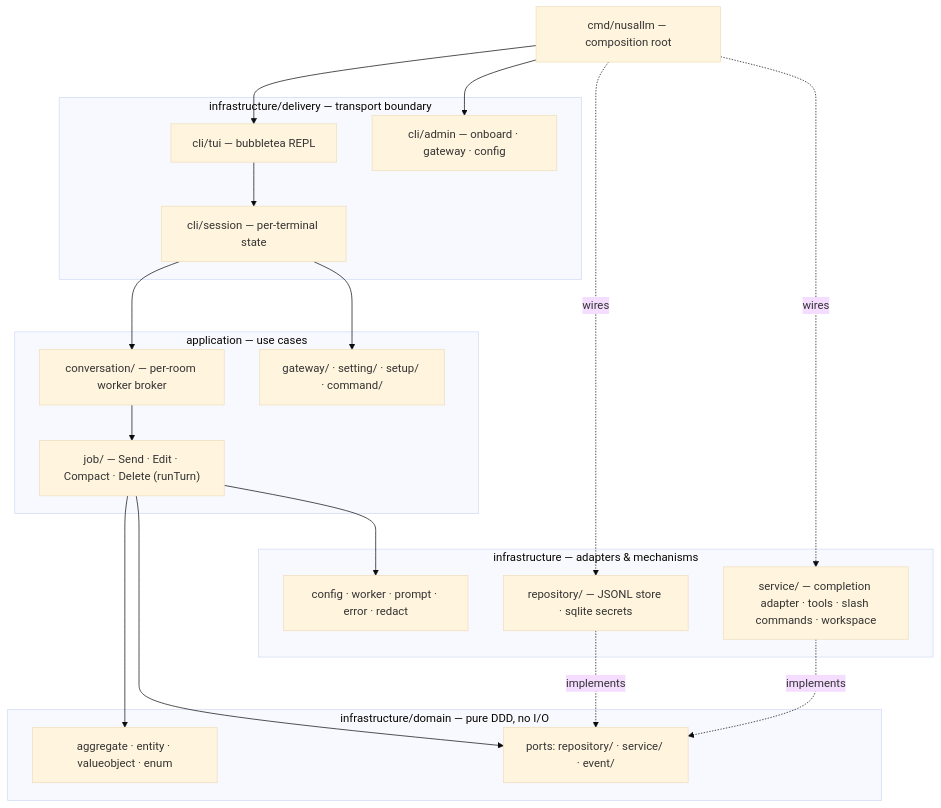
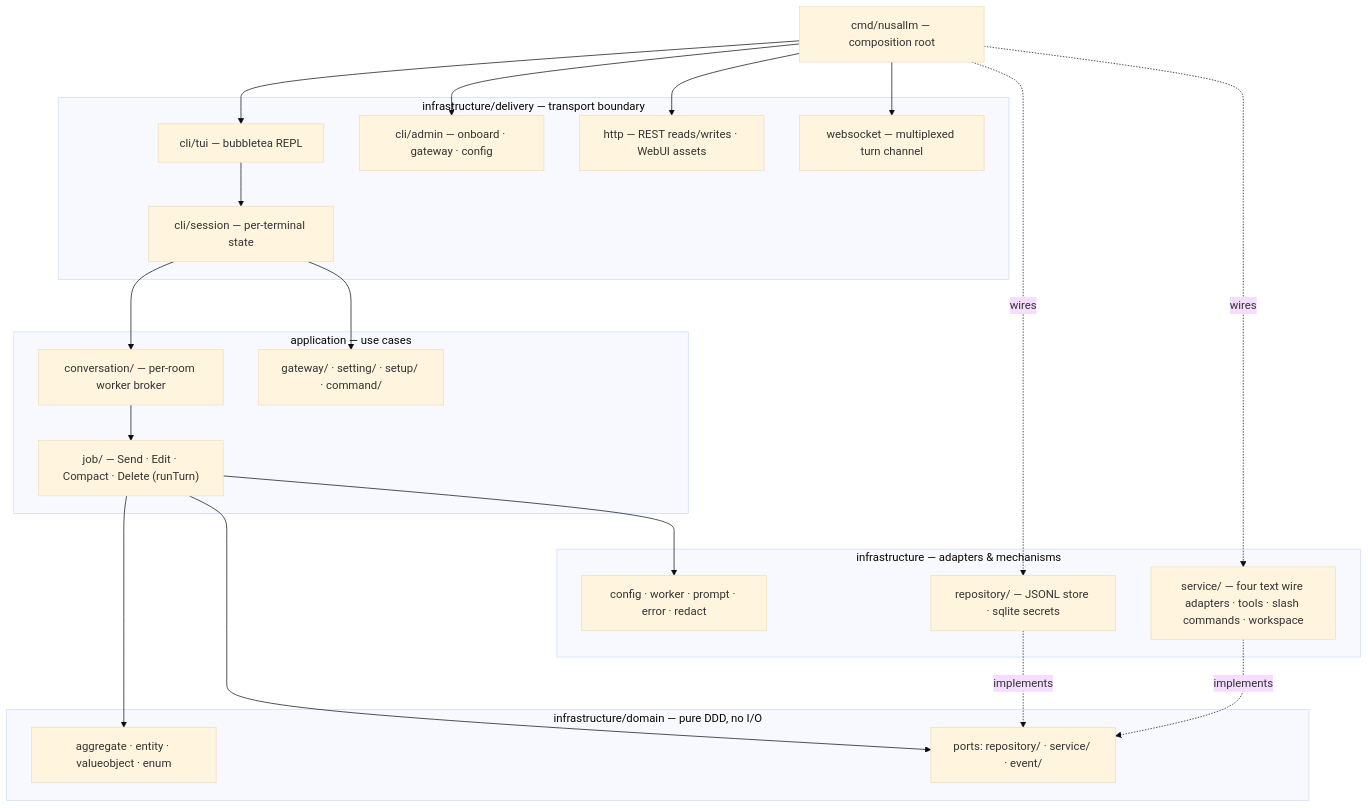
One commit to jahrulnr/NusaLLM changed the diagram in docs/architecture.md. Above: the diagram before and after it, drawn with Mermaid (base theme). The commit also changed other lines of this file and 47 other files, not shown here.

````diff
--- a/docs/architecture.md
+++ b/docs/architecture.md
@@ -22,41 +22,45 @@
 ```mermaid
 flowchart TB
     main["cmd/nusallm — composition root"]
 
     subgraph delivery["infrastructure/delivery — transport boundary"]
         tui["cli/tui — bubbletea REPL"]
         adm["cli/admin — onboard · gateway · config"]
         sess["cli/session — per-terminal state"]
+        httpd["http — REST reads/writes · WebUI assets"]
+        wsd["websocket — multiplexed turn channel"]
     end
 
     subgraph app["application — use cases"]
         conv["conversation/ — per-room worker broker"]
         job["job/ — Send · Edit · Compact · Delete (runTurn)"]
         mgmt["gateway/ · setting/ · setup/ · command/"]
     end
 
     subgraph domain["infrastructure/domain — pure DDD, no I/O"]
         model["aggregate · entity · valueobject · enum"]
         ports["ports: repository/ · service/ · event/"]
     end
 
     subgraph adapters["infrastructure — adapters & mechanisms"]
         repo["repository/ — JSONL store · sqlite secrets"]
-        svc["service/ — completion adapter · tools · slash commands · workspace"]
+        svc["service/ — four text wire adapters · tools · slash commands · workspace"]
         mech["config · worker · prompt · error · redact"]
     end
 
     main --> tui
     main --> adm
+    main --> httpd
+    main --> wsd
     main -. wires .-> repo
     main -. wires .-> svc
     tui --> sess
     sess --> conv
     sess --> mgmt
     conv --> job
     job --> model
     job --> ports
     repo -. implements .-> ports
     svc -. implements .-> ports
     job --> mech
 ```
````
